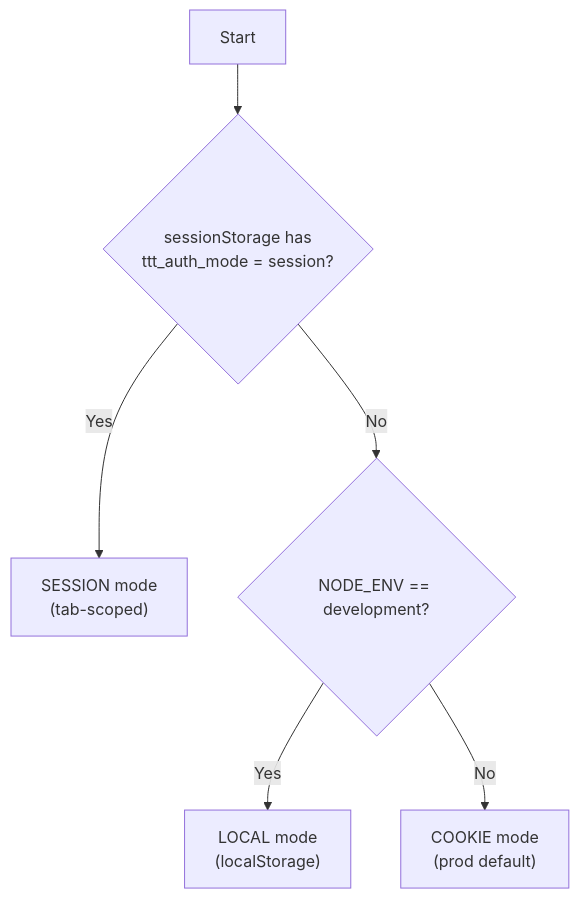
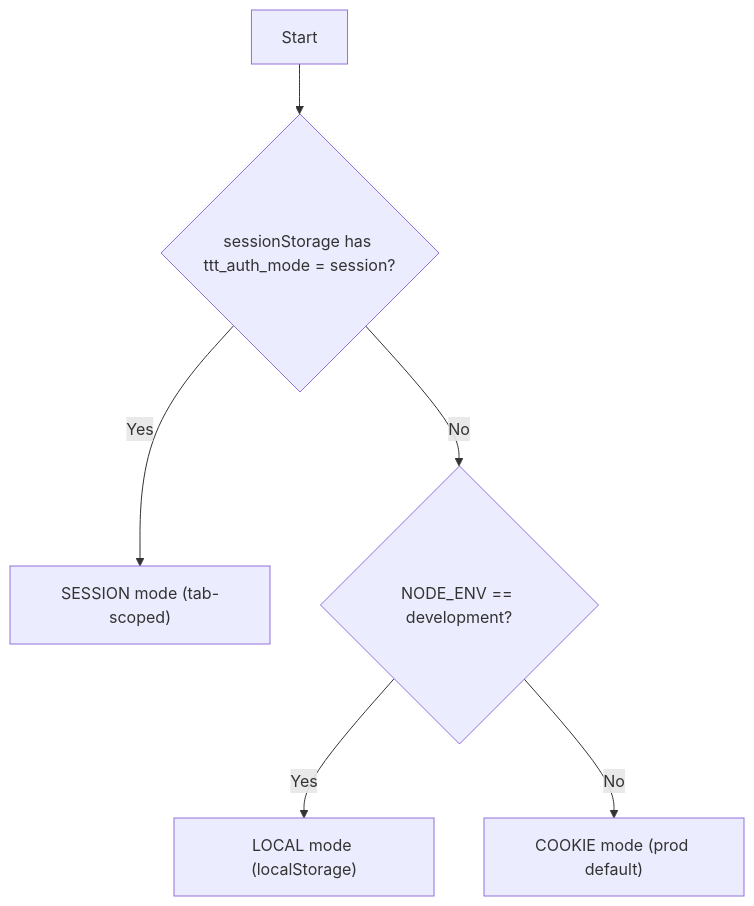
The second of 2 diagrams in AUTH_STORAGE_ARCHITECTURE.md (anthonynarine/tic_tac_toe), drawn with Mermaid before and after one commit. The commit also changed other lines of this file, not shown here.

````diff
--- a/AUTH_STORAGE_ARCHITECTURE.md
+++ b/AUTH_STORAGE_ARCHITECTURE.md
@@ -81,12 +75,8 @@
 ```mermaid
 flowchart TD
-  A["Start"] --> B{"sessionStorage has
- ttt_auth_mode = session?"}
-  B -- Yes --> S["SESSION mode
-(tab-scoped)"]
+  A["Start"] --> B{"sessionStorage has ttt_auth_mode = session?"}
+  B -- Yes --> S["SESSION mode (tab-scoped)"]
   B -- No --> C{"NODE_ENV == development?"}
-  C -- Yes --> L["LOCAL mode
-(localStorage)"]
-  C -- No --> K["COOKIE mode
-(prod default)"]
+  C -- Yes --> L["LOCAL mode (localStorage)"]
+  C -- No --> K["COOKIE mode (prod default)"]
 ```
````
